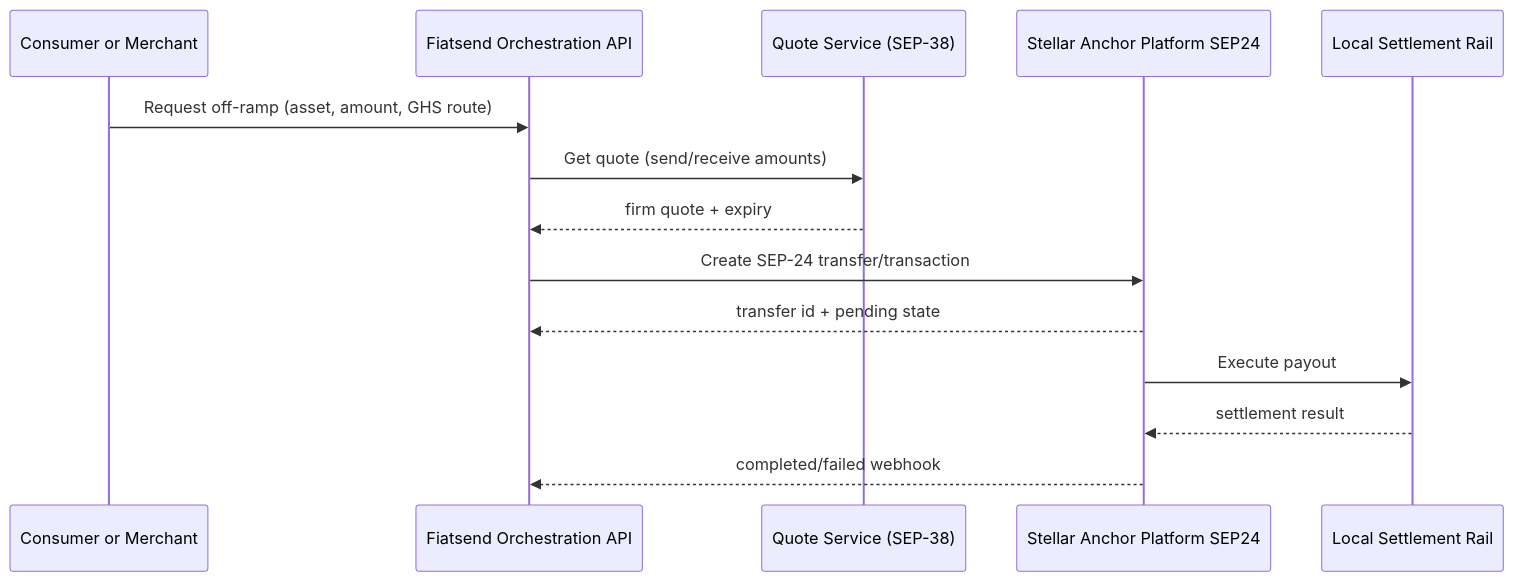
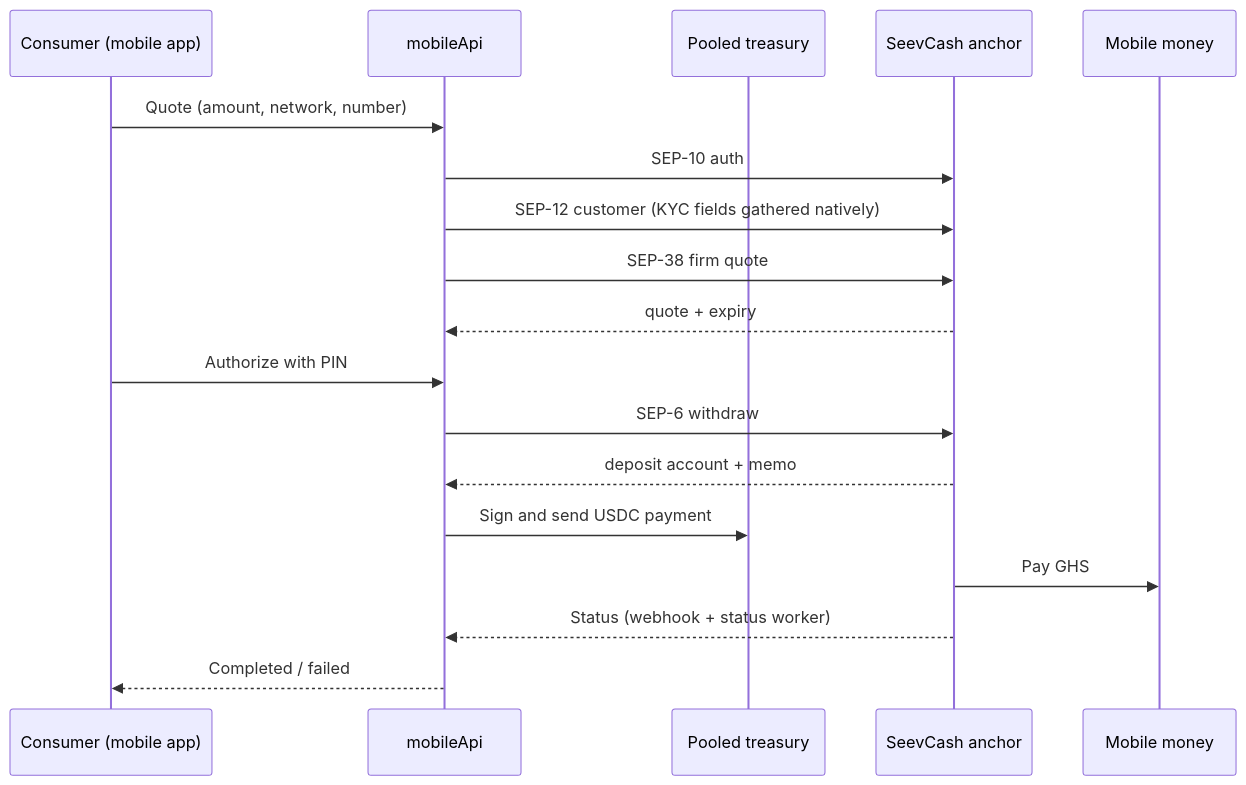
Before and after one commit to fiatsend/techical-achitecture: the second of 7 diagrams in Fiatsend-Technical-Architecture-SCF43-Integration.md, drawn with Mermaid. The commit also changed other lines of this file, not shown here.

First line of the commit message:
Update the SCF43 architecture to what is built and live

````diff
--- a/Fiatsend-Technical-Architecture-SCF43-Integration.md
+++ b/Fiatsend-Technical-Architecture-SCF43-Integration.md
@@ -212,17 +117,21 @@
 ```mermaid
 sequenceDiagram
-    participant User as Consumer or Merchant
-    participant API as Fiatsend Orchestration API
-    participant SEP38 as Quote Service (SEP-38)
-    participant Anchor as Stellar Anchor Platform SEP24
-    participant Rail as Local Settlement Rail
+    participant User as Consumer (mobile app)
+    participant API as mobileApi
+    participant T as Pooled treasury
+    participant A as SeevCash anchor
+    participant MM as Mobile money
 
-    User->>API: Request off-ramp (asset, amount, GHS route)
-    API->>SEP38: Get quote (send/receive amounts)
-    SEP38-->>API: firm quote + expiry
-    API->>Anchor: Create SEP-24 transfer/transaction
-    Anchor-->>API: transfer id + pending state
-    Anchor->>Rail: Execute payout
-    Rail-->>Anchor: settlement result
-    Anchor-->>API: completed/failed webhook
+    User->>API: Quote (amount, network, number)
+    API->>A: SEP-10 auth
+    API->>A: SEP-12 customer (KYC fields gathered natively)
+    API->>A: SEP-38 firm quote
+    A-->>API: quote + expiry
+    User->>API: Authorize with PIN
+    API->>A: SEP-6 withdraw
+    A-->>API: deposit account + memo
+    API->>T: Sign and send USDC payment
+    A->>MM: Pay GHS
+    A-->>API: Status (webhook + status worker)
+    API-->>User: Completed / failed
 ```
````
